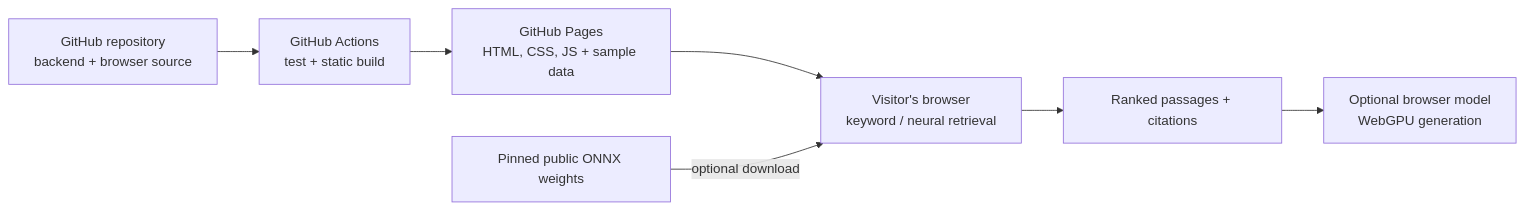
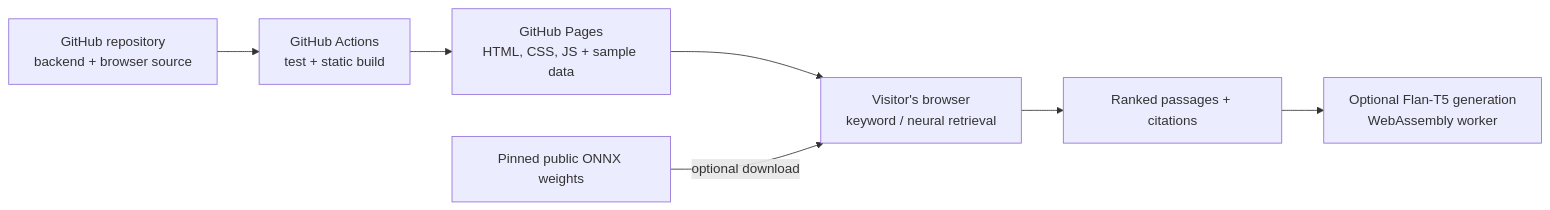
Before and after one commit to Sashankpotluru/RAGForge: the first of 2 diagrams in docs/architecture.md, drawn with Mermaid. The commit also changed 1 other file, not shown here.

Commit message:
Clarify browser and Python workbench architecture

````diff
--- a/docs/architecture.md
+++ b/docs/architecture.md
@@ -23,9 +23,9 @@
 ```mermaid
 flowchart LR
     repo["GitHub repository<br/>backend + browser source"] --> ci["GitHub Actions<br/>test + static build"]
     ci --> pages["GitHub Pages<br/>HTML, CSS, JS + sample data"]
     pages --> browser["Visitor's browser<br/>keyword / neural retrieval"]
     models["Pinned public ONNX weights"] -->|optional download| browser
     browser --> evidence["Ranked passages + citations"]
-    evidence --> model["Optional browser model<br/>WebGPU generation"]
+    evidence --> model["Optional Flan-T5 generation<br/>WebAssembly worker"]
 ```
````
